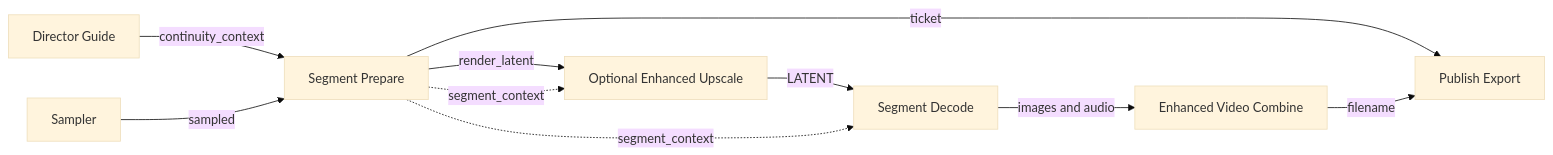
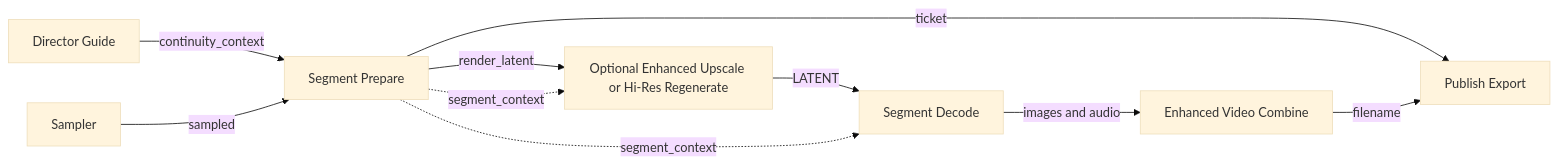
One commit to darksidewalker/ComfyUI-DaSiWa-Nodes changed the fourth of 4 diagrams in docs/h3_continuity.md. Above: the diagram before and after it, drawn with Mermaid (base theme). The commit also changed other lines of this file and 7 other files, not shown here.

First line of the commit message:
[verified] feat: 0.5.64 Video Combine frame PNGs embed workflow metadata, Hi-Res Regenerate allowed in Continuity New segment only

````diff
--- a/docs/h3_continuity.md
+++ b/docs/h3_continuity.md
@@ -178,12 +178,12 @@
 ```mermaid
 flowchart LR
     G["Director Guide"] -->|continuity_context| P["Segment Prepare"]
     S["Sampler"] -->|sampled| P
-    P -->|render_latent| U["Optional Enhanced Upscale"]
+    P -->|render_latent| U["Optional Enhanced Upscale or Hi-Res Regenerate"]
     P -.->|segment_context| U
     U -->|LATENT| D["Segment Decode"]
     P -.->|segment_context| D
     D -->|images and audio| E["Enhanced Video Combine"]
     P -->|ticket| X["Publish Export"]
     E -->|filename| X
 ```
````
